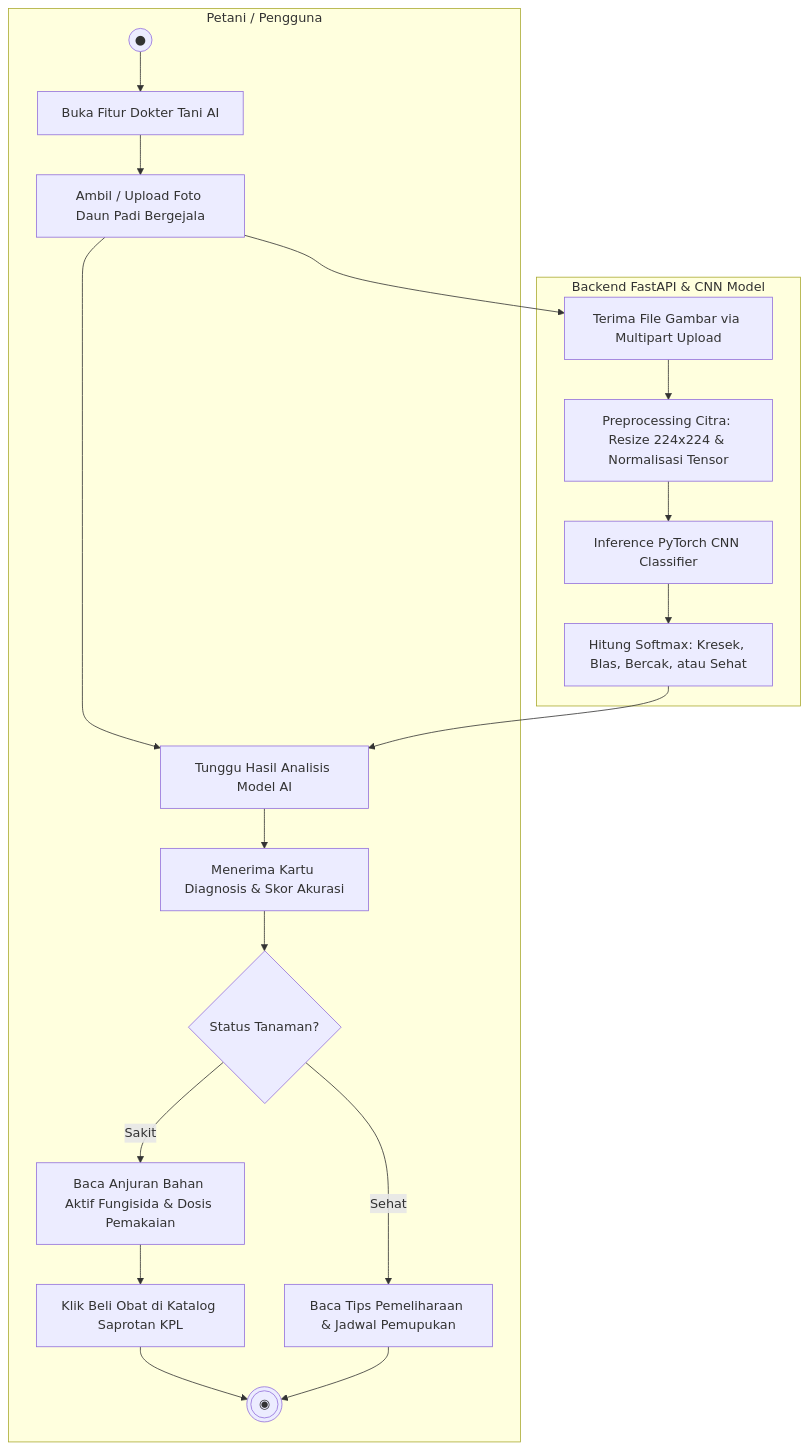
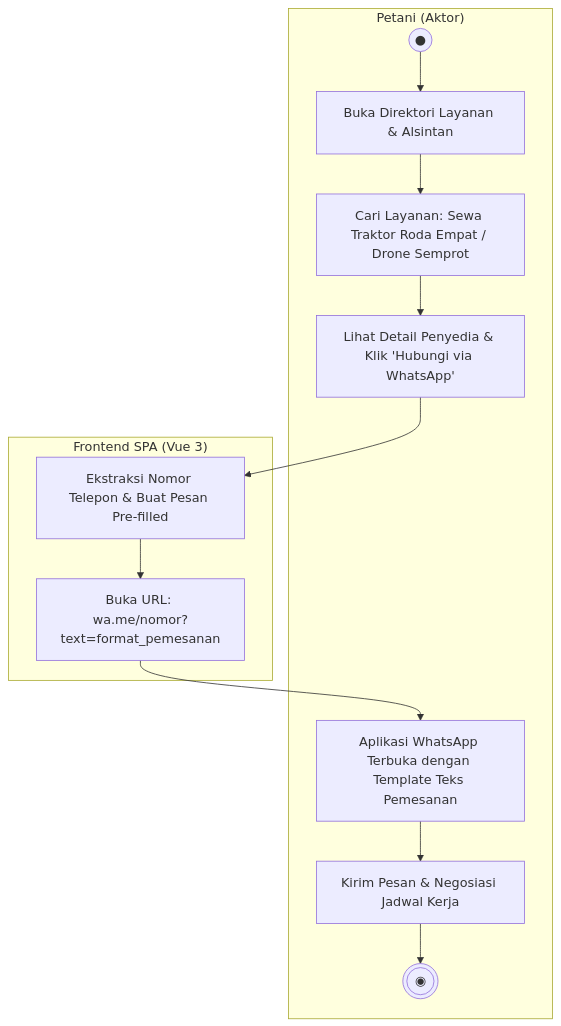
The sixth of 6 diagrams in ACTIVITY_DIAGRAM_AgriBuddy.md (ombay86/agribuddy), drawn with Mermaid before and after one commit. The commit also changed other lines of this file and 14 other files, not shown here.

Commit message:
docs: perbarui PRD, ERD, Use Case, Flowchart, dan Activity Diagram sesuai arsitektur Node.js & Gemini AI

````diff
--- a/ACTIVITY_DIAGRAM_AgriBuddy.md
+++ b/ACTIVITY_DIAGRAM_AgriBuddy.md
@@ -364,23 +310,16 @@
 ```mermaid
 flowchart TD
-    subgraph P_User["Petani / Pengguna"]
-        A5((●)) --> B5[Buka Fitur Dokter Tani AI]
-        B5 --> C5[Ambil / Upload Foto Daun Padi Bergejala]
-        C5 --> D5[Tunggu Hasil Analisis Model AI]
-        D5 --> E5[Menerima Kartu Diagnosis & Skor Akurasi]
-        E5 --> F5{Status Tanaman?}
-        F5 -- Sakit --> G5[Baca Anjuran Bahan Aktif Fungisida & Dosis Pemakaian]
-        G5 --> H5[Klik Beli Obat di Katalog Saprotan KPL]
-        F5 -- Sehat --> I5[Baca Tips Pemeliharaan & Jadwal Pemupukan]
-        H5 --> J5(((◉)))
-        I5 --> J5
+    subgraph P_Petani["Petani (Aktor)"]
+        A5((●)) --> B5[Buka Direktori Layanan & Alsintan]
+        B5 --> C5[Cari Layanan: Sewa Traktor Roda Empat / Drone Semprot]
+        C5 --> D5[Lihat Detail Penyedia & Klik 'Hubungi via WhatsApp']
+        G5[Aplikasi WhatsApp Terbuka dengan Template Teks Pemesanan] --> H5[Kirim Pesan & Negosiasi Jadwal Kerja]
+        H5 --> I5(((◉)))
     end
 
-    subgraph P_AI["Backend FastAPI & CNN Model"]
-        C5 --> K5[Terima File Gambar via Multipart Upload]
-        K5 --> L5[Preprocessing Citra: Resize 224x224 & Normalisasi Tensor]
-        L5 --> M5[Inference PyTorch CNN Classifier]
-        M5 --> N5[Hitung Softmax: Kresek, Blas, Bercak, atau Sehat]
-        N5 --> D5
+    subgraph P_Frontend["Frontend SPA (Vue 3)"]
+        D5 --> E5[Ekstraksi Nomor Telepon & Buat Pesan Pre-filled]
+        E5 --> F5[Buka URL: wa.me/nomor?text=format_pemesanan]
+        F5 --> G5
     end
 ```
````
